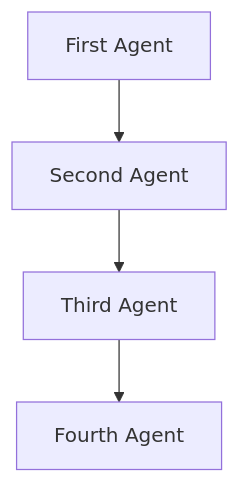
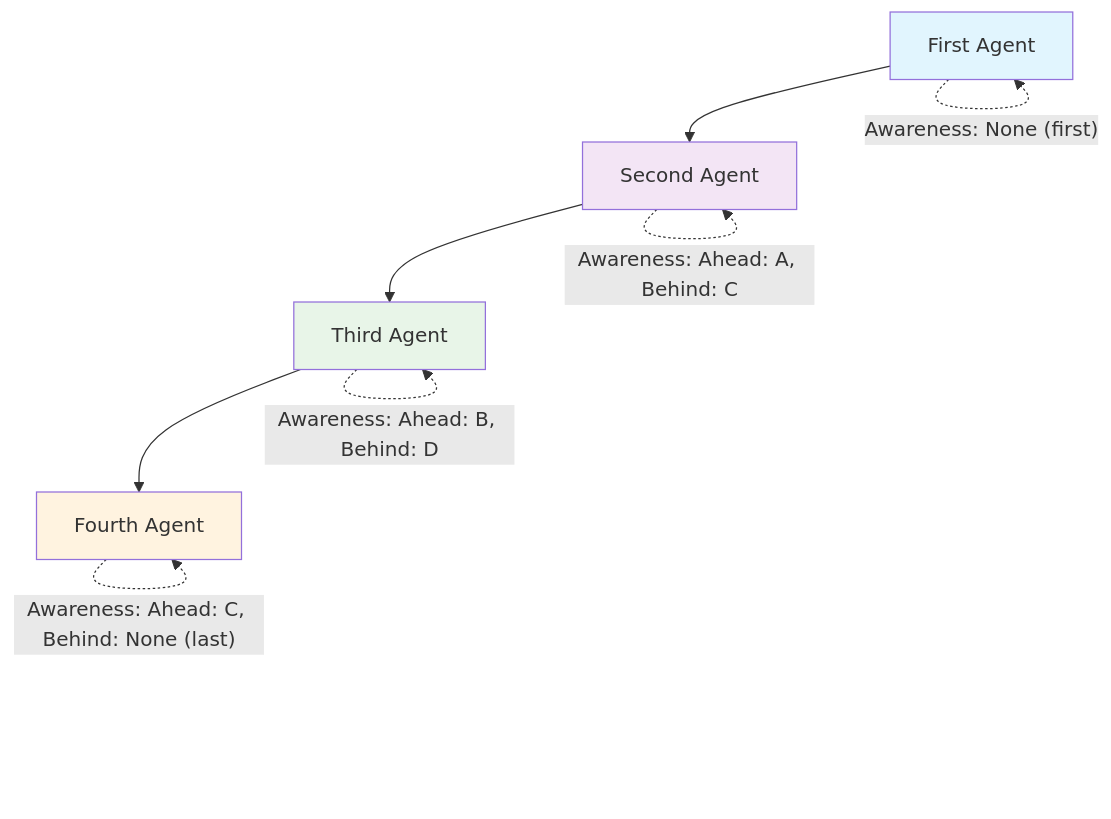
Before and after one commit to kyegomez/swarms: the diagram in docs/swarms/structs/sequential_workflow.md, drawn with Mermaid. The commit also changed other lines of this file and 27 other files, not shown here.

````diff
--- a/docs/swarms/structs/sequential_workflow.md
+++ b/docs/swarms/structs/sequential_workflow.md
@@ -12,6 +12,16 @@
 ```mermaid
 graph TD
     A[First Agent] --> B[Second Agent]
     B --> C[Third Agent]
     C --> D[Fourth Agent]
+    
+    style A fill:#e1f5fe
+    style B fill:#f3e5f5
+    style C fill:#e8f5e8
+    style D fill:#fff3e0
+    
+    A -.->|"Awareness: None (first)"| A
+    B -.->|"Awareness: Ahead: A, Behind: C"| B
+    C -.->|"Awareness: Ahead: B, Behind: D"| C
+    D -.->|"Awareness: Ahead: C, Behind: None (last)"| D
 ```
````
